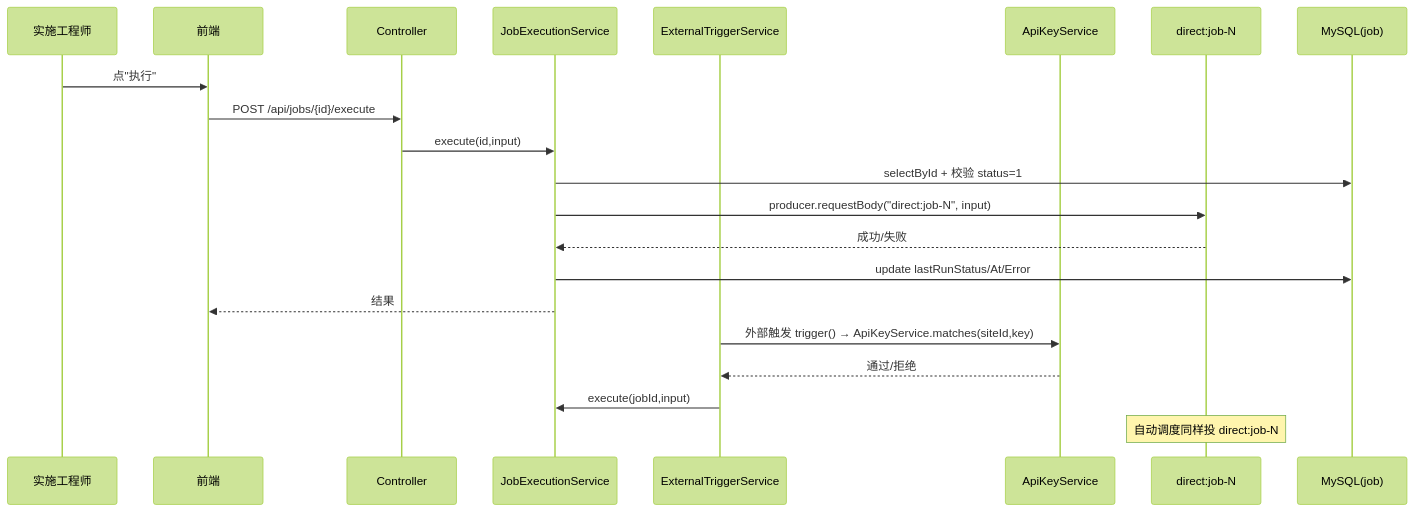
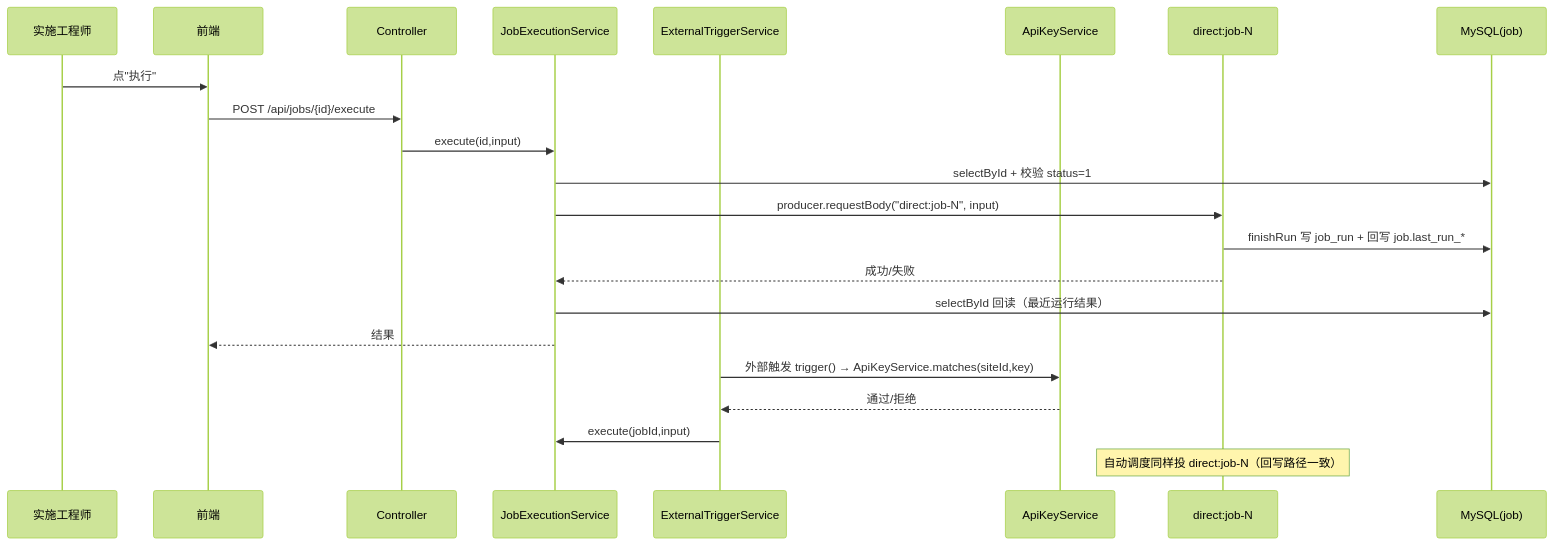
The diagram in docs/flows/trigger-flow.md (zz240/sailheader-mes-middleware), drawn with Mermaid (forest theme) before and after one commit. The commit also changed other lines of this file and 18 other files, not shown here.

First line of the commit message:
feat(reliability): #88 lastRunStatus 统一回写——finishRun 经 JobLastRunWriter 回写 job（消费/调度/手动/重投），手动路径改回读 + 触发层失败兜底

````diff
--- a/docs/flows/trigger-flow.md
+++ b/docs/flows/trigger-flow.md
@@ -21,24 +21,25 @@
 ```mermaid
 sequenceDiagram
     participant USER as 实施工程师
     participant UI as 前端
     participant API as Controller
     participant EXEC as JobExecutionService
     participant EXT as ExternalTriggerService
     participant KEY as ApiKeyService
     participant ROUTE as direct:job-N
     participant DB as MySQL(job)
 
     USER->>UI: 点"执行"
     UI->>API: POST /api/jobs/{id}/execute
     API->>EXEC: execute(id,input)
     EXEC->>DB: selectById + 校验 status=1
     EXEC->>ROUTE: producer.requestBody("direct:job-N", input)
+    ROUTE->>DB: finishRun 写 job_run + 回写 job.last_run_*
     ROUTE-->>EXEC: 成功/失败
-    EXEC->>DB: update lastRunStatus/At/Error
+    EXEC->>DB: selectById 回读（最近运行结果）
     EXEC-->>UI: 结果
     EXT->>KEY: 外部触发 trigger() → ApiKeyService.matches(siteId,key)
     KEY-->>EXT: 通过/拒绝
     EXT->>EXEC: execute(jobId,input)
-    Note over ROUTE: 自动调度同样投 direct:job-N
+    Note over ROUTE: 自动调度同样投 direct:job-N（回写路径一致）
 ```
````
